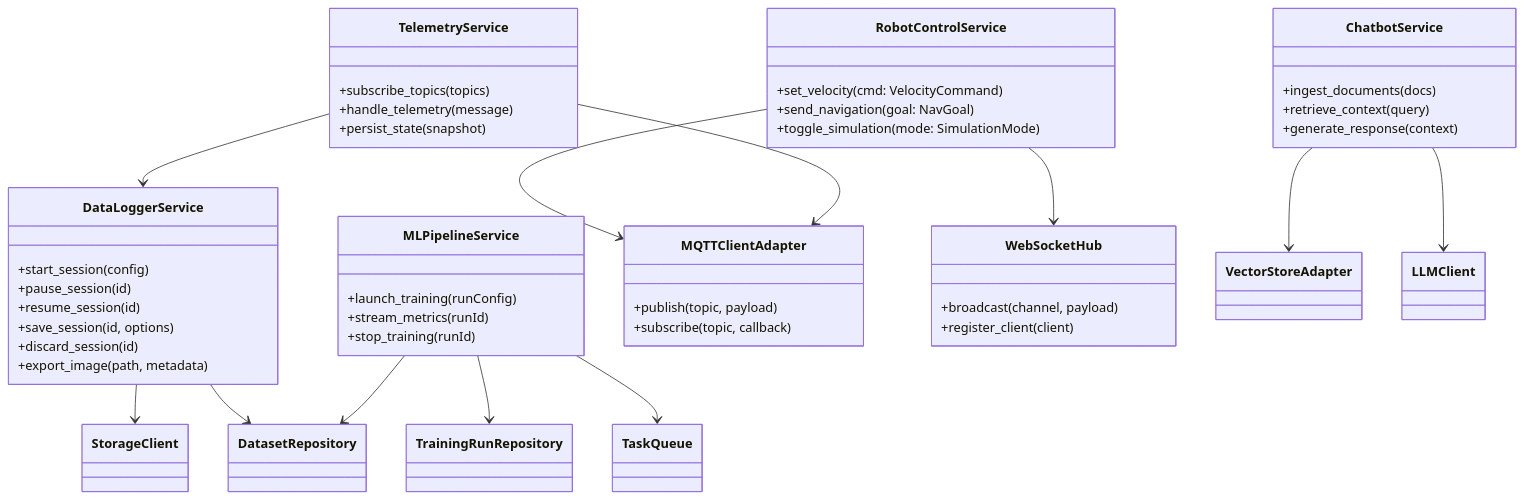
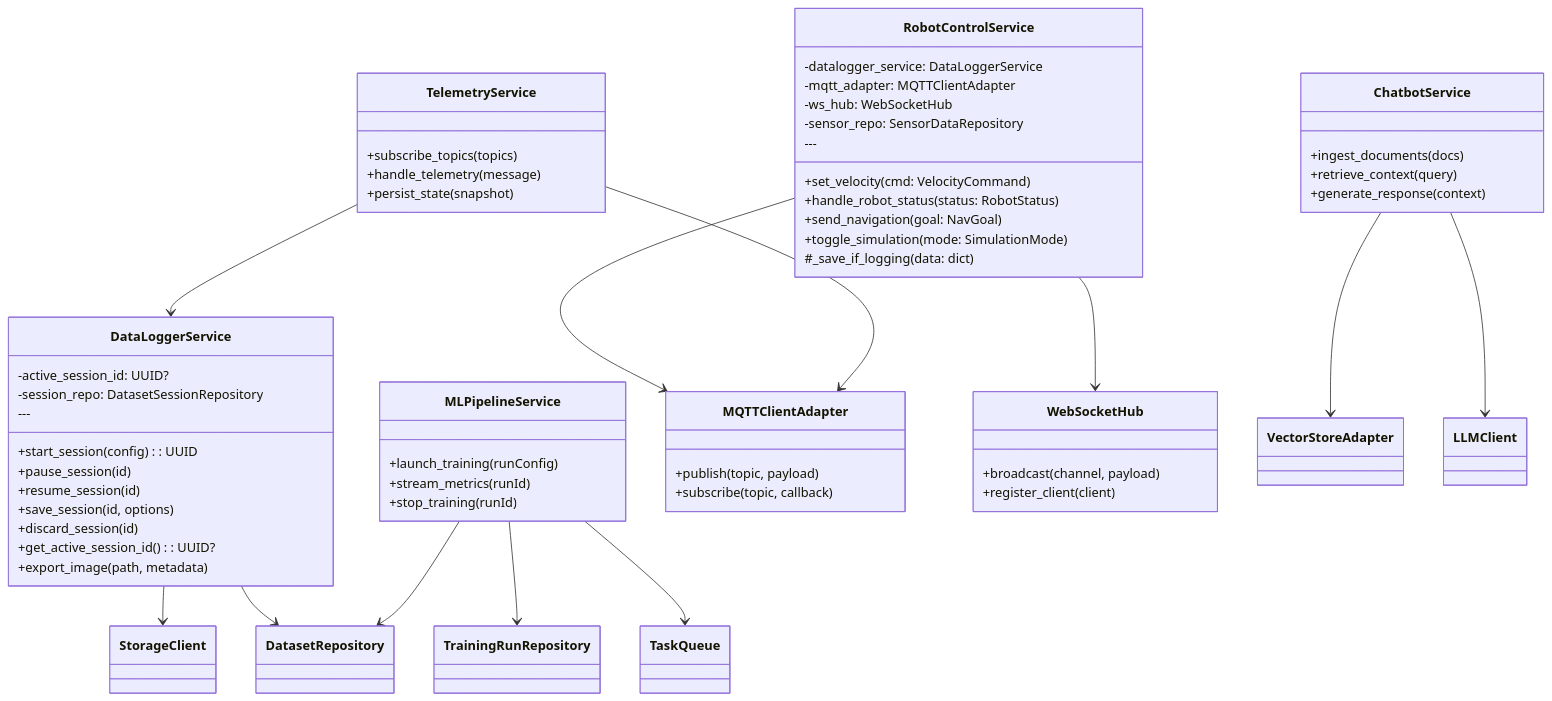
The third of 15 diagrams in README.md (akinami3/robot-ml-web-app), drawn with Mermaid before and after one commit. The commit also changed other lines of this file, not shown here.

````diff
--- a/README.md
+++ b/README.md
@@ -626,57 +725,68 @@
 ```mermaid
 classDiagram
     class RobotControlService {
+        -datalogger_service: DataLoggerService
+        -mqtt_adapter: MQTTClientAdapter
+        -ws_hub: WebSocketHub
+        -sensor_repo: SensorDataRepository
+        ---
         +set_velocity(cmd: VelocityCommand)
+        +handle_robot_status(status: RobotStatus)
         +send_navigation(goal: NavGoal)
         +toggle_simulation(mode: SimulationMode)
+        #_save_if_logging(data: dict)
     }
 
     class TelemetryService {
         +subscribe_topics(topics)
         +handle_telemetry(message)
         +persist_state(snapshot)
     }
 
     class DataLoggerService {
-        +start_session(config)
+        -active_session_id: UUID?
+        -session_repo: DatasetSessionRepository
+        ---
+        +start_session(config): UUID
         +pause_session(id)
         +resume_session(id)
         +save_session(id, options)
         +discard_session(id)
+        +get_active_session_id(): UUID?
         +export_image(path, metadata)
     }
 
     class MLPipelineService {
         +launch_training(runConfig)
         +stream_metrics(runId)
         +stop_training(runId)
     }
 
     class ChatbotService {
         +ingest_documents(docs)
         +retrieve_context(query)
         +generate_response(context)
     }
 
     class MQTTClientAdapter {
         +publish(topic, payload)
         +subscribe(topic, callback)
     }
 
     class WebSocketHub {
         +broadcast(channel, payload)
         +register_client(client)
     }
 
     RobotControlService --> MQTTClientAdapter
     RobotControlService --> WebSocketHub
     TelemetryService --> MQTTClientAdapter
     TelemetryService --> DataLoggerService
     DataLoggerService --> StorageClient
     DataLoggerService --> DatasetRepository
     MLPipelineService --> DatasetRepository
     MLPipelineService --> TrainingRunRepository
     MLPipelineService --> TaskQueue
     ChatbotService --> VectorStoreAdapter
     ChatbotService --> LLMClient
 ```
````
